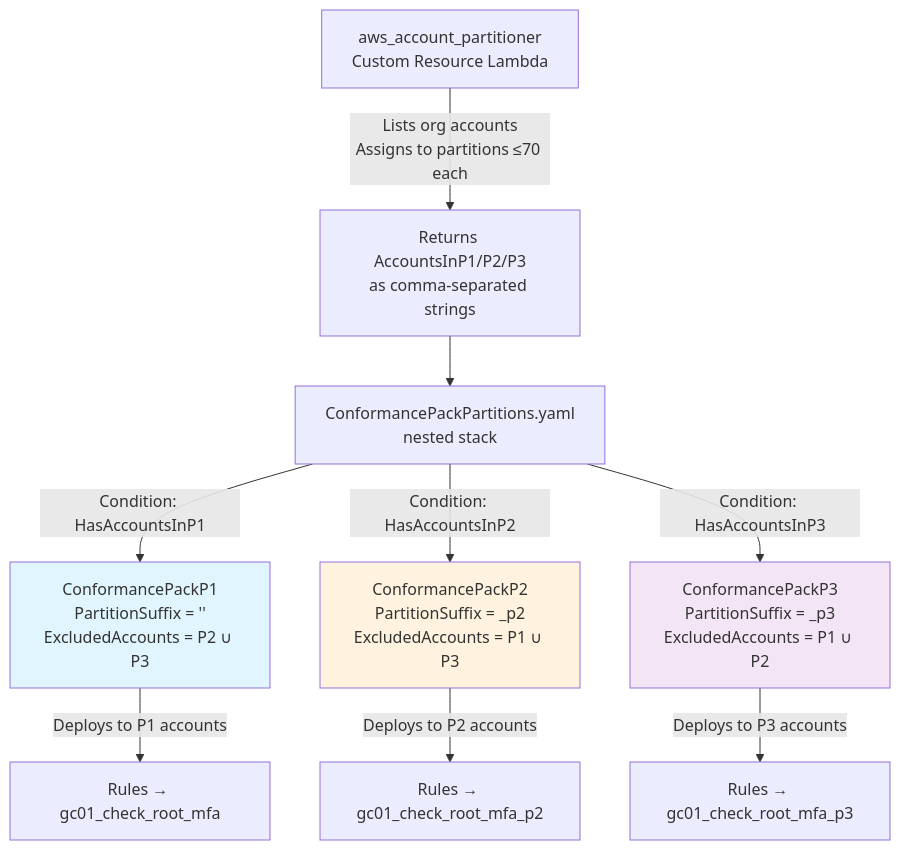
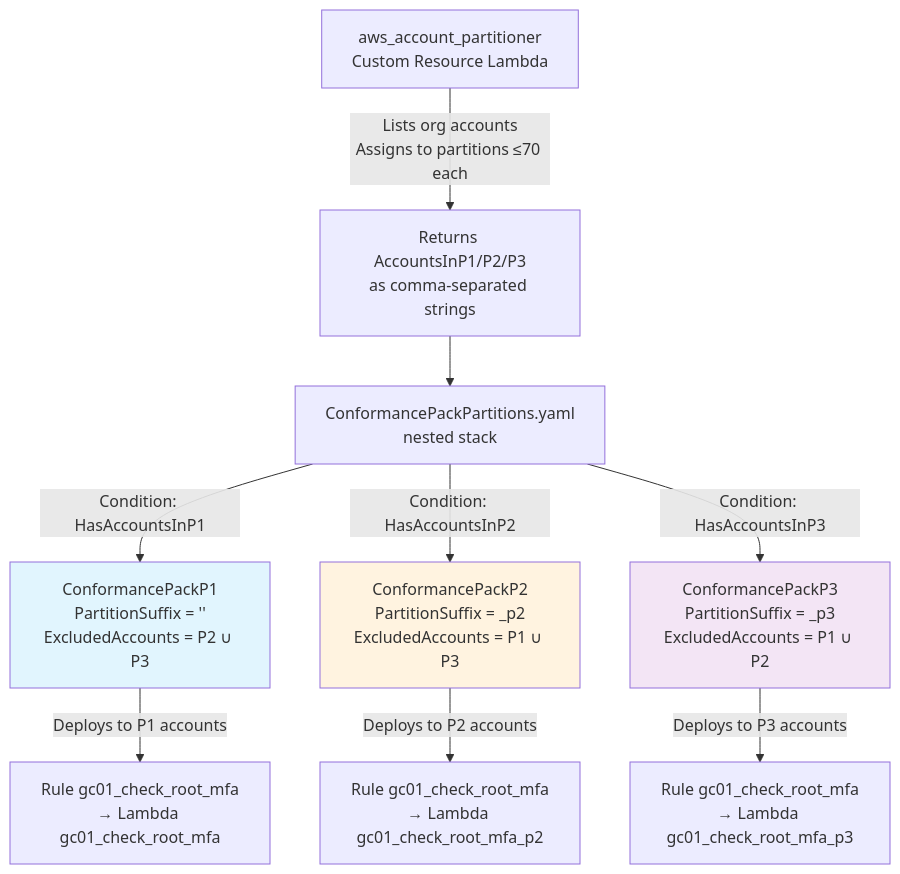
Before and after one commit to ssc-spc-ccoe-cei/aws-guardrails-cac-solution: the diagram in doc/CONFORMANCE_PACK_IMPLEMENTATION.md, drawn with Mermaid. The commit also changed other lines of this file and 6 other files, not shown here.

````diff
--- a/doc/CONFORMANCE_PACK_IMPLEMENTATION.md
+++ b/doc/CONFORMANCE_PACK_IMPLEMENTATION.md
@@ -53,18 +57,18 @@
 ```mermaid
 flowchart TD
     A[aws_account_partitioner<br/>Custom Resource Lambda] -->|Lists org accounts<br/>Assigns to partitions ≤70 each| B[Returns AccountsInP1/P2/P3<br/>as comma-separated strings]
 
     B --> N[ConformancePackPartitions.yaml<br/>nested stack]
 
     N -->|Condition: HasAccountsInP1| C1[ConformancePackP1<br/>PartitionSuffix = ''<br/>ExcludedAccounts = P2 ∪ P3]
     N -->|Condition: HasAccountsInP2| C2[ConformancePackP2<br/>PartitionSuffix = _p2<br/>ExcludedAccounts = P1 ∪ P3]
     N -->|Condition: HasAccountsInP3| C3[ConformancePackP3<br/>PartitionSuffix = _p3<br/>ExcludedAccounts = P1 ∪ P2]
 
-    C1 -->|Deploys to P1 accounts| D1[Rules → gc01_check_root_mfa]
-    C2 -->|Deploys to P2 accounts| D2[Rules → gc01_check_root_mfa_p2]
-    C3 -->|Deploys to P3 accounts| D3[Rules → gc01_check_root_mfa_p3]
+    C1 -->|Deploys to P1 accounts| D1[Rule gc01_check_root_mfa<br/>→ Lambda gc01_check_root_mfa]
+    C2 -->|Deploys to P2 accounts| D2[Rule gc01_check_root_mfa<br/>→ Lambda gc01_check_root_mfa_p2]
+    C3 -->|Deploys to P3 accounts| D3[Rule gc01_check_root_mfa<br/>→ Lambda gc01_check_root_mfa_p3]
 
     style C1 fill:#e1f5fe
     style C2 fill:#fff3e0
     style C3 fill:#f3e5f5
 ```
````
